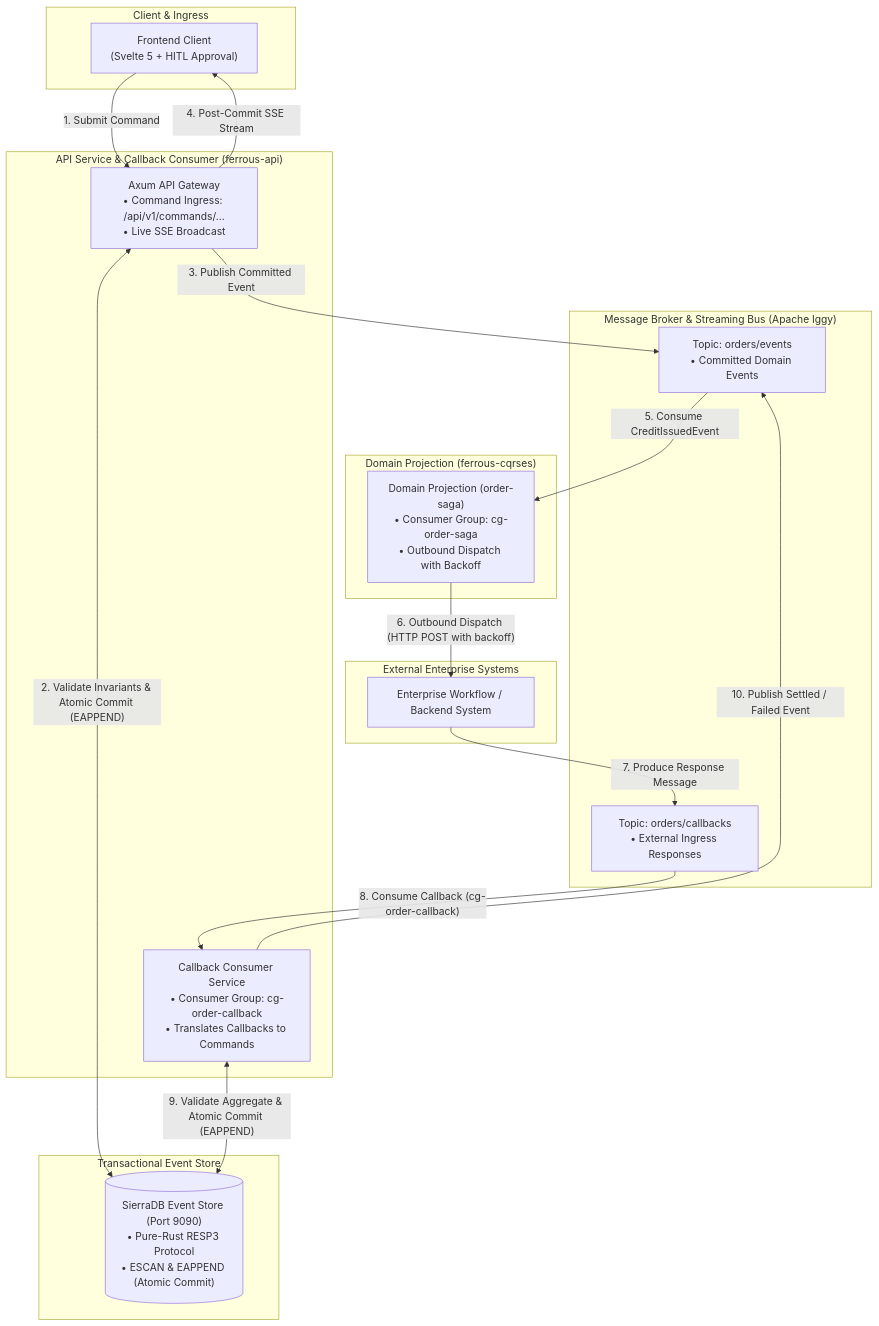
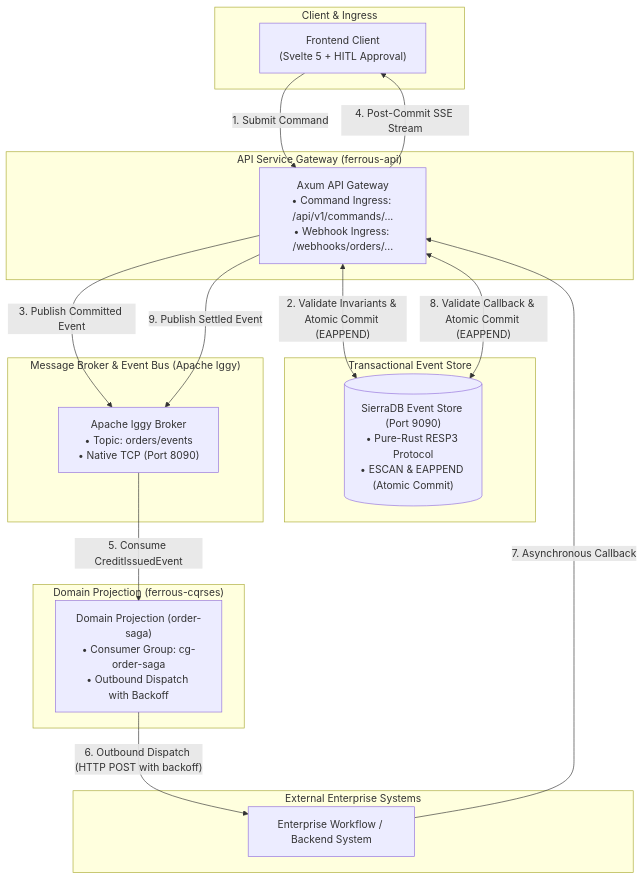
The first of 2 diagrams in README.md (reidlai/ferrous-cx), drawn with Mermaid before and after one commit. The commit also changed other lines of this file, not shown here.

Commit message:
docs(architecture): restore Pattern A direct webhook callback with SierraDB event store

````diff
--- a/README.md
+++ b/README.md
@@ -40,44 +40,41 @@
 ```mermaid
 flowchart TD
     subgraph Client_Layer ["Client & Ingress"]
         Client["Frontend Client<br/>(Svelte 5 + HITL Approval)"]
     end
 
-    subgraph API_Gateway ["API Service & Callback Consumer (ferrous-api)"]
-        ApiService["Axum API Gateway<br/>• Command Ingress: /api/v1/commands/...<br/>• Live SSE Broadcast"]
-        CallbackService["Callback Consumer Service<br/>• Consumer Group: cg-order-callback<br/>• Translates Callbacks to Commands"]
+    subgraph API_Gateway ["API Service Gateway (ferrous-api)"]
+        ApiService["Axum API Gateway<br/>• Command Ingress: /api/v1/commands/...<br/>• Webhook Ingress: /webhooks/orders/..."]
     end
 
     subgraph Event_Store ["Transactional Event Store"]
         SierraDB[("SierraDB Event Store (Port 9090)<br/>• Pure-Rust RESP3 Protocol<br/>• ESCAN & EAPPEND (Atomic Commit)")]
     end
 
-    subgraph Event_Bus ["Message Broker & Streaming Bus (Apache Iggy)"]
-        IggyEvents["Topic: orders/events<br/>• Committed Domain Events"]
-        IggyCallbacks["Topic: orders/callbacks<br/>• External Ingress Responses"]
+    subgraph Event_Bus ["Message Broker & Event Bus (Apache Iggy)"]
+        Iggy["Apache Iggy Broker<br/>• Topic: orders/events<br/>• Native TCP (Port 8090)"]
     end
 
     subgraph Projection_Tier ["Domain Projection (ferrous-cqrses)"]
         DomainProjection["Domain Projection (order-saga)<br/>• Consumer Group: cg-order-saga<br/>• Outbound Dispatch with Backoff"]
     end
 
     subgraph External_Enterprise ["External Enterprise Systems"]
         EnterpriseWorkflow["Enterprise Workflow / Backend System"]
     end
 
     %% Command Lifecycle Flow
     Client -->|"1. Submit Command"| ApiService
     ApiService <-->|"2. Validate Invariants & Atomic Commit (EAPPEND)"| SierraDB
-    ApiService -->|"3. Publish Committed Event"| IggyEvents
+    ApiService -->|"3. Publish Committed Event"| Iggy
     ApiService -->|"4. Post-Commit SSE Stream"| Client
 
     %% Domain Projection Outbound Dispatch
-    IggyEvents -->|"5. Consume CreditIssuedEvent"| DomainProjection
+    Iggy -->|"5. Consume CreditIssuedEvent"| DomainProjection
     DomainProjection -->|"6. Outbound Dispatch (HTTP POST with backoff)"| EnterpriseWorkflow
 
-    %% Asynchronous Queue Callback Flow
-    EnterpriseWorkflow -->|"7. Produce Response Message"| IggyCallbacks
-    IggyCallbacks -->|"8. Consume Callback (cg-order-callback)"| CallbackService
-    CallbackService <-->|"9. Validate Aggregate & Atomic Commit (EAPPEND)"| SierraDB
-    CallbackService -->|"10. Publish Settled / Failed Event"| IggyEvents
+    %% Asynchronous Webhook Callback Flow
+    EnterpriseWorkflow -->|"7. Asynchronous Callback"| ApiService
+    ApiService <-->|"8. Validate Callback & Atomic Commit (EAPPEND)"| SierraDB
+    ApiService -->|"9. Publish Settled Event"| Iggy
 ```
````
